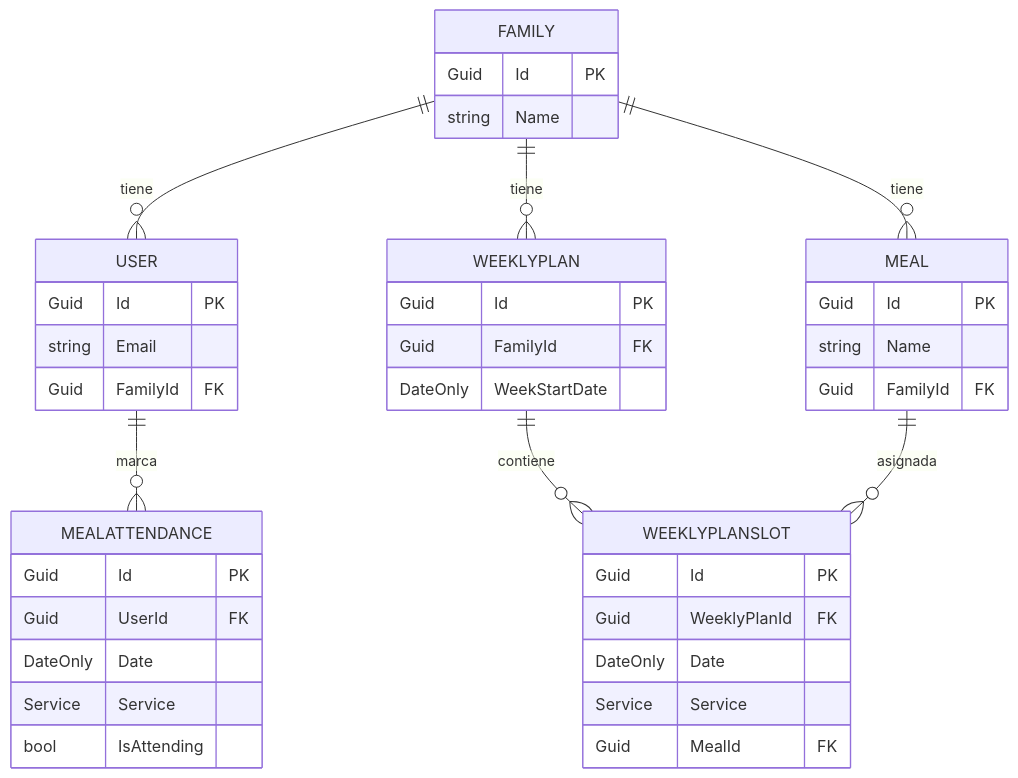
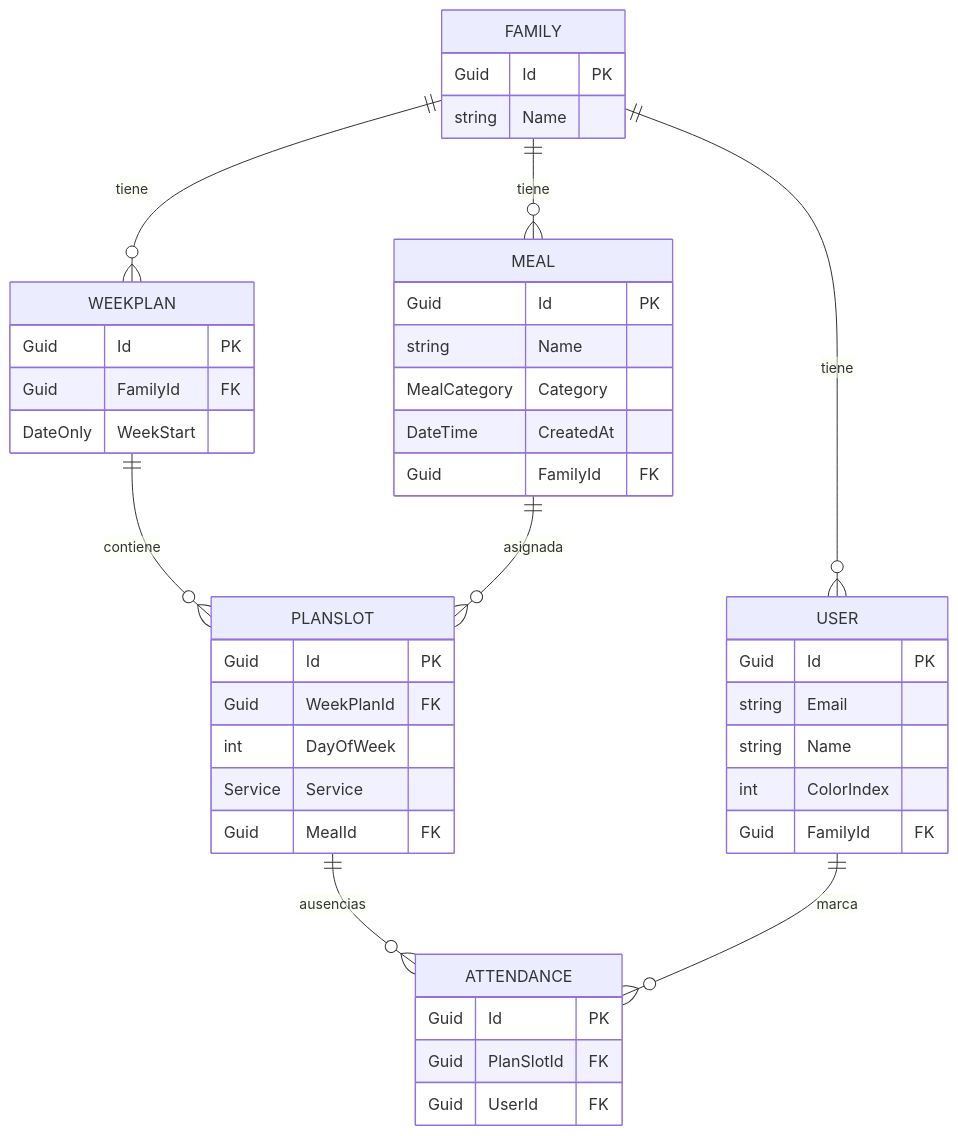
The first of 2 diagrams in docs/documento-definitivo.md (Ale90s/Puchero), drawn with Mermaid before and after one commit. The commit also changed other lines of this file and 3 other files, not shown here.

````diff
--- a/docs/documento-definitivo.md
+++ b/docs/documento-definitivo.md
@@ -52,42 +52,45 @@
 ```mermaid
 erDiagram
     FAMILY ||--o{ USER : tiene
     FAMILY ||--o{ MEAL : tiene
-    FAMILY ||--o{ WEEKLYPLAN : tiene
-    WEEKLYPLAN ||--o{ WEEKLYPLANSLOT : contiene
-    MEAL ||--o{ WEEKLYPLANSLOT : asignada
-    USER ||--o{ MEALATTENDANCE : marca
+    FAMILY ||--o{ WEEKPLAN : tiene
+    WEEKPLAN ||--o{ PLANSLOT : contiene
+    MEAL ||--o{ PLANSLOT : asignada
+    PLANSLOT ||--o{ ATTENDANCE : ausencias
+    USER ||--o{ ATTENDANCE : marca
     FAMILY {
         Guid Id PK
         string Name
     }
     USER {
         Guid Id PK
         string Email
+        string Name
+        int ColorIndex
         Guid FamilyId FK
     }
     MEAL {
         Guid Id PK
         string Name
+        MealCategory Category
+        DateTime CreatedAt
         Guid FamilyId FK
     }
-    WEEKLYPLAN {
+    WEEKPLAN {
         Guid Id PK
         Guid FamilyId FK
-        DateOnly WeekStartDate
+        DateOnly WeekStart
     }
-    WEEKLYPLANSLOT {
+    PLANSLOT {
         Guid Id PK
-        Guid WeeklyPlanId FK
-        DateOnly Date
+        Guid WeekPlanId FK
+        int DayOfWeek
         Service Service
         Guid MealId FK
     }
-    MEALATTENDANCE {
+    ATTENDANCE {
         Guid Id PK
+        Guid PlanSlotId FK
         Guid UserId FK
-        DateOnly Date
-        Service Service
-        bool IsAttending
     }
 ```
````
